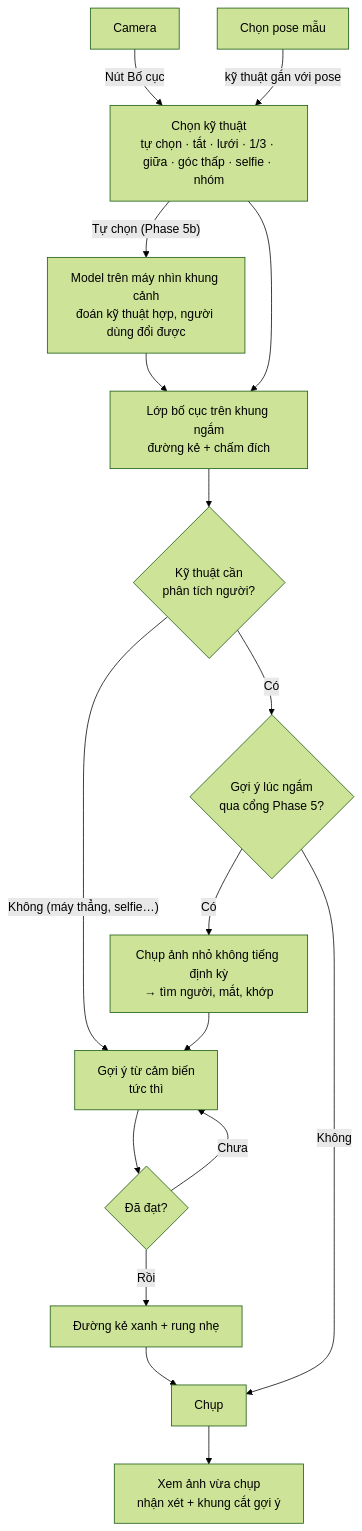
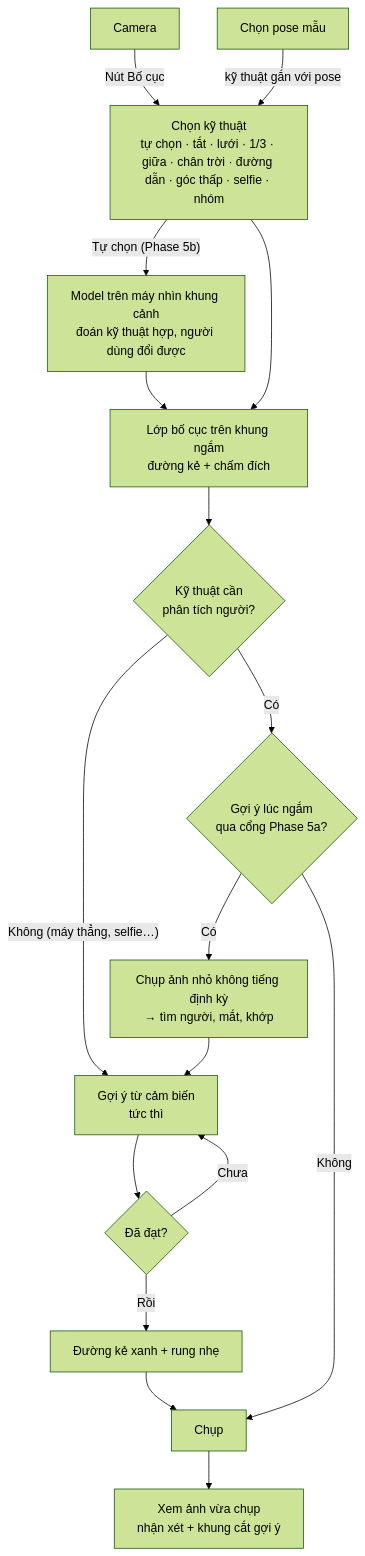
The fourth of 7 diagrams in docs/business-flow.md (tktnq2004/TakeASnap), drawn with Mermaid (forest theme) before and after one commit. The commit also changed other lines of this file and 4 other files, not shown here.

First line of the commit message:
docs: tách Phase 5a / 5b — chân trời và đường dẫn đơn giản ở 5a, nâng cao ở 5b

````diff
--- a/docs/business-flow.md
+++ b/docs/business-flow.md
@@ -254,19 +257,19 @@
 ```mermaid
 flowchart TD
-    CAM[Camera] -- "Nút Bố cục" --> PICK[Chọn kỹ thuật<br/>tự chọn · tắt · lưới · 1/3 · giữa · góc thấp · selfie · nhóm]
+    CAM[Camera] -- "Nút Bố cục" --> PICK[Chọn kỹ thuật<br/>tự chọn · tắt · lưới · 1/3 · giữa · chân trời · đường dẫn · góc thấp · selfie · nhóm]
     PICK -- "Tự chọn (Phase 5b)" --> AUTO[Model trên máy nhìn khung cảnh<br/>đoán kỹ thuật hợp, người dùng đổi được]
     AUTO --> GUIDE
     POSE[Chọn pose mẫu] -- "kỹ thuật gắn với pose" --> PICK
     PICK --> GUIDE[Lớp bố cục trên khung ngắm<br/>đường kẻ + chấm đích]
     GUIDE --> SENSE{Kỹ thuật cần<br/>phân tích người?}
     SENSE -- "Không (máy thẳng, selfie…)" --> HINT[Gợi ý từ cảm biến<br/>tức thì]
-    SENSE -- "Có" --> LIVE{Gợi ý lúc ngắm<br/>qua cổng Phase 5?}
+    SENSE -- "Có" --> LIVE{Gợi ý lúc ngắm<br/>qua cổng Phase 5a?}
     LIVE -- "Có" --> ANALYZE[Chụp ảnh nhỏ không tiếng định kỳ<br/>→ tìm người, mắt, khớp]
     ANALYZE --> HINT
     LIVE -- "Không" --> SHOOT
     HINT --> OK{Đã đạt?}
     OK -- "Chưa" --> HINT
     OK -- "Rồi" --> GREEN[Đường kẻ xanh + rung nhẹ]
     GREEN --> SHOOT[Chụp]
     SHOOT --> REVIEW[Xem ảnh vừa chụp<br/>nhận xét + khung cắt gợi ý]
 ```
````
